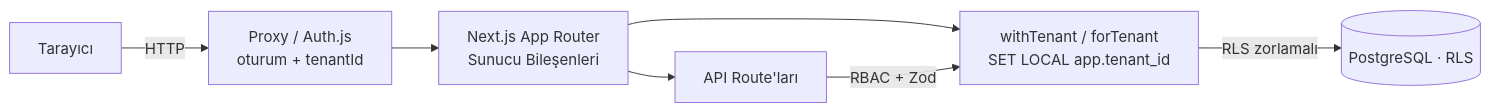
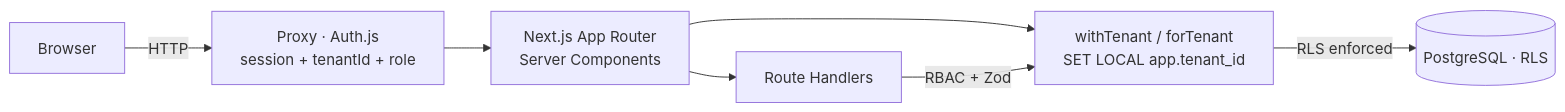
The diagram in README.md (YusufKosarDev/ciftlik-pro), drawn with Mermaid before and after one commit. The commit also changed other lines of this file and 4 other files, not shown here.

````diff
--- a/README.md
+++ b/README.md
@@ -192,9 +164,9 @@
 ```mermaid
 flowchart LR
-  B[Tarayıcı] -->|HTTP| P[Proxy / Auth.js<br/>oturum + tenantId]
-  P --> RSC[Next.js App Router<br/>Sunucu Bileşenleri]
+  B[Browser] -->|HTTP| P[Proxy · Auth.js<br/>session + tenantId + role]
+  P --> RSC[Next.js App Router<br/>Server Components]
   RSC --> TX[withTenant / forTenant<br/>SET LOCAL app.tenant_id]
-  RSC --> API[API Route'ları]
+  RSC --> API[Route Handlers]
   API -->|RBAC + Zod| TX
-  TX -->|RLS zorlamalı| DB[(PostgreSQL · RLS)]
+  TX -->|RLS enforced| DB[(PostgreSQL · RLS)]
 ```
````
